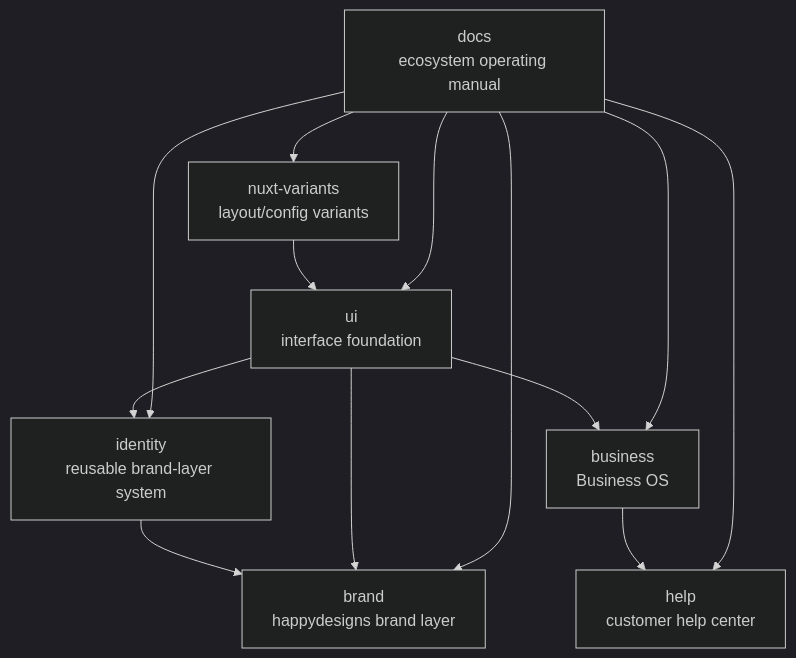
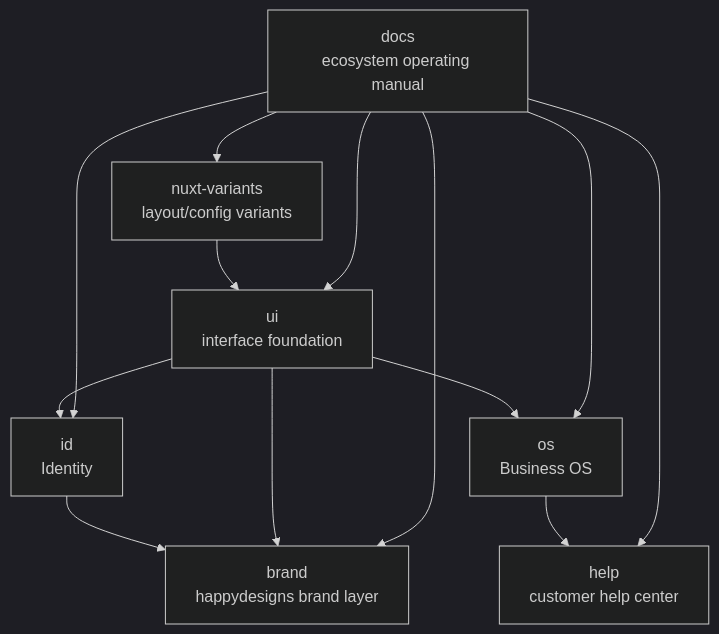
One commit to happydesigns/docs changed the diagram in content/en/1.start/2.ecosystem-map.md. Above: the diagram before and after it, drawn with Mermaid (dark theme). The commit also changed other lines of this file and 12 other files, not shown here.

````diff
--- a/content/en/1.start/2.ecosystem-map.md
+++ b/content/en/1.start/2.ecosystem-map.md
@@ -13,16 +13,16 @@
 ```mermaid
 flowchart TD
   Docs["docs<br/>ecosystem operating manual"] --> UI["ui<br/>interface foundation"]
-  Docs --> Identity["identity<br/>reusable brand-layer system"]
+  Docs --> Identity["id<br/>Identity"]
   Docs --> Brand["brand<br/>happydesigns brand layer"]
-  Docs --> Business["business<br/>Business OS"]
+  Docs --> Business["os<br/>Business OS"]
   Docs --> Variants["nuxt-variants<br/>layout/config variants"]
   Docs --> Help["help<br/>customer help center"]
 
   UI --> Brand
   UI --> Identity
   Identity --> Brand
   UI --> Business
   Variants --> UI
   Business --> Help
 ```
````
